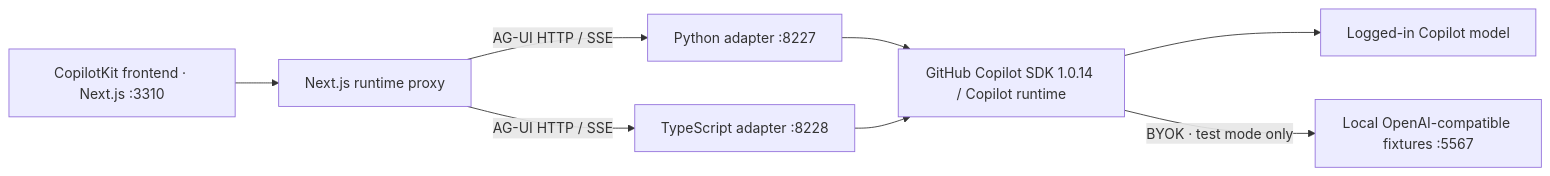
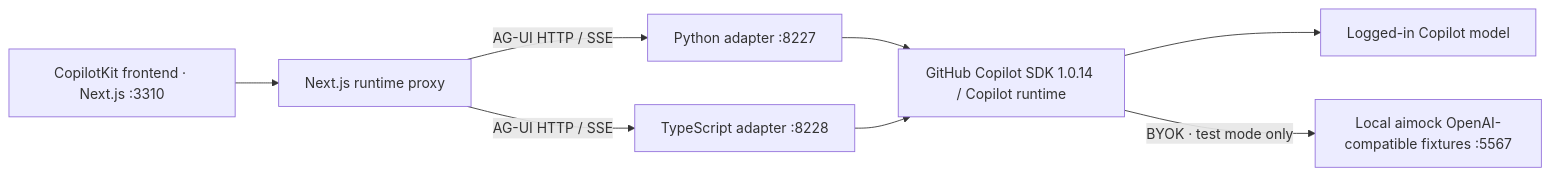
The diagram in README.md (ArlindNocaj/copilot-sdk-ag-ui-frontend-demo), drawn with Mermaid before and after one commit. The commit also changed other lines of this file and 80 other files, not shown here.

````diff
--- a/README.md
+++ b/README.md
@@ -7,10 +7,10 @@
 ```mermaid
 flowchart LR
   UI["CopilotKit frontend · Next.js :3310"] --> Proxy["Next.js runtime proxy"]
   Proxy -->|"AG-UI HTTP / SSE"| PY["Python adapter :8227"]
   Proxy -->|"AG-UI HTTP / SSE"| TS["TypeScript adapter :8228"]
   PY --> Runtime["GitHub Copilot SDK 1.0.14 / Copilot runtime"]
   TS --> Runtime
   Runtime --> Live["Logged-in Copilot model"]
-  Runtime -->|"BYOK · test mode only"| Mock["Local OpenAI-compatible fixtures :5567"]
+  Runtime -->|"BYOK · test mode only"| Mock["Local aimock OpenAI-compatible fixtures :5567"]
 ```
````
